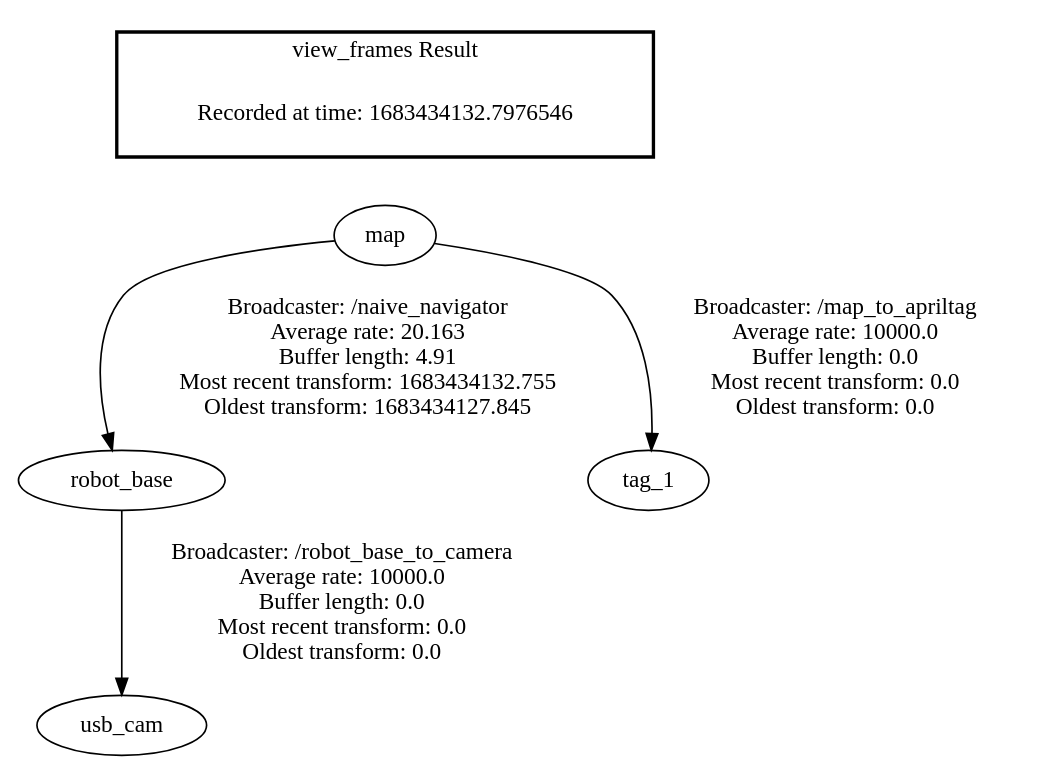
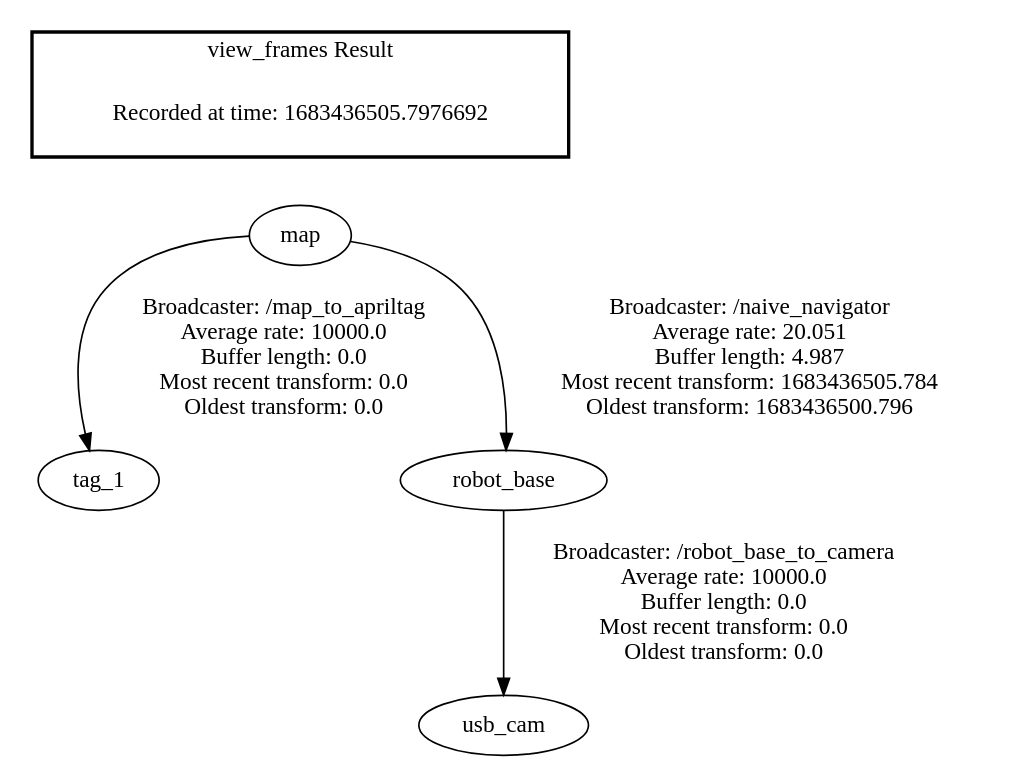
One commit to MARS-UVA/mars-ros changed the diagram in src/navigation/frames.gv. Above: the diagram before and after it, drawn with Graphviz. The commit also changed 2 other files, not shown here.

Commit message:
Transformed usb_cam -> tag transform into a map -> robot_base transform.

```diff
--- a/src/navigation/frames.gv
+++ b/src/navigation/frames.gv
@@ -1,9 +1,9 @@
 digraph G {
+"map" -> "tag_1"[label=" Broadcaster: /map_to_apriltag\nAverage rate: 10000.0\nBuffer length: 0.0\nMost recent transform: 0.0\nOldest transform: 0.0\n"];
+"map" -> "robot_base"[label=" Broadcaster: /naive_navigator\nAverage rate: 20.051\nBuffer length: 4.987\nMost recent transform: 1683436505.784\nOldest transform: 1683436500.796\n"];
 "robot_base" -> "usb_cam"[label=" Broadcaster: /robot_base_to_camera\nAverage rate: 10000.0\nBuffer length: 0.0\nMost recent transform: 0.0\nOldest transform: 0.0\n"];
-"map" -> "robot_base"[label=" Broadcaster: /naive_navigator\nAverage rate: 20.163\nBuffer length: 4.91\nMost recent transform: 1683434132.755\nOldest transform: 1683434127.845\n"];
-"map" -> "tag_1"[label=" Broadcaster: /map_to_apriltag\nAverage rate: 10000.0\nBuffer length: 0.0\nMost recent transform: 0.0\nOldest transform: 0.0\n"];
 edge [style=invis];
  subgraph cluster_legend { style=bold; color=black; label ="view_frames Result";
-"Recorded at time: 1683434132.7976546"[ shape=plaintext ] ;
+"Recorded at time: 1683436505.7976692"[ shape=plaintext ] ;
 }->"map";
 }
```
